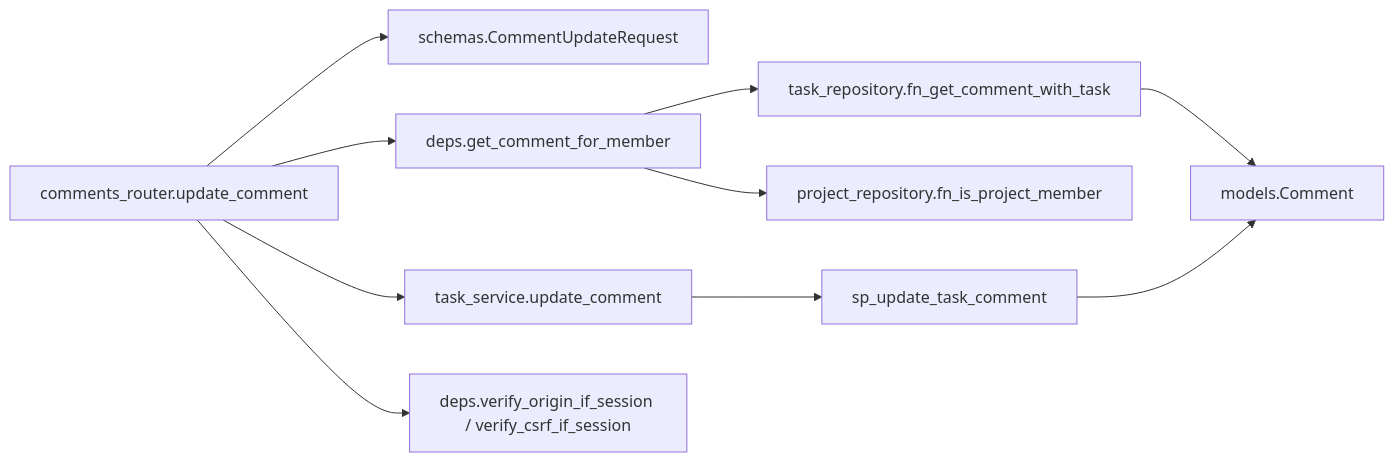
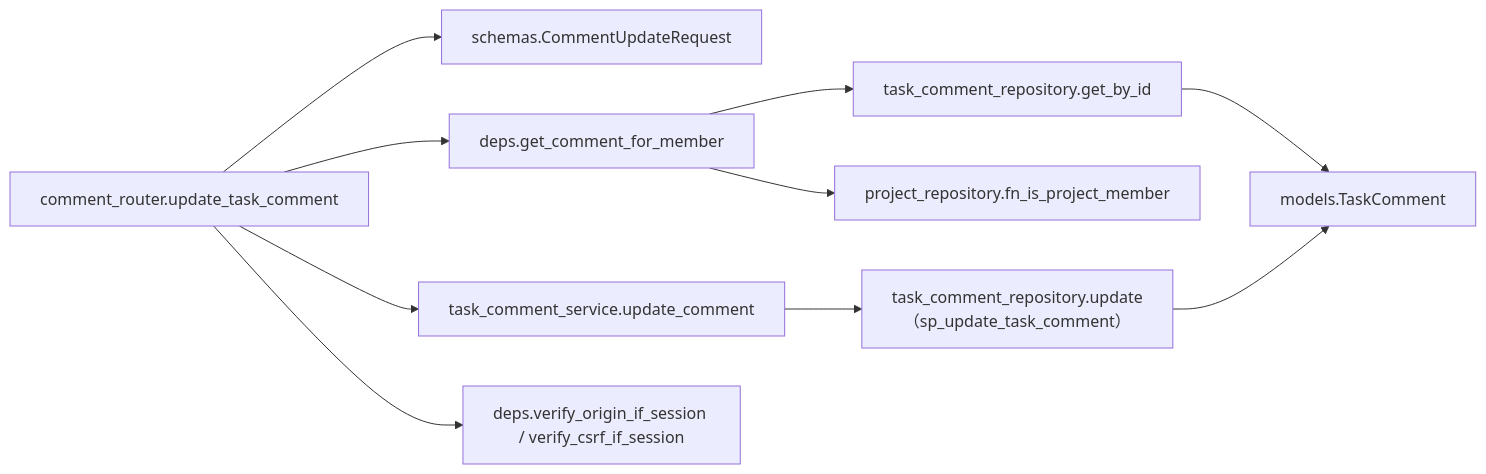
Before and after one commit to oikawa-d/task_management: the third of 4 diagrams in docs/detailed_design/api/tasks/08_patch_comment.md, drawn with Mermaid. The commit also changed other lines of this file and 8 other files, not shown here.

````diff
--- a/docs/detailed_design/api/tasks/08_patch_comment.md
+++ b/docs/detailed_design/api/tasks/08_patch_comment.md
@@ -223,12 +233,12 @@
 ```mermaid
 flowchart LR
-    R["comments_router.update_comment"] --> Sch["schemas.CommentUpdateRequest"]
+    R["comment_router.update_task_comment"] --> Sch["schemas.CommentUpdateRequest"]
     R --> D["deps.get_comment_for_member"]
-    R --> S["task_service.update_comment"]
-    D --> TR1["task_repository.fn_get_comment_with_task"]
+    R --> S["task_comment_service.update_comment"]
+    D --> TR1["task_comment_repository.get_by_id"]
     D --> PR["project_repository.fn_is_project_member"]
-    S --> TR2["sp_update_task_comment"]
-    TR1 --> M["models.Comment"]
+    S --> TR2["task_comment_repository.update<br/>（sp_update_task_comment）"]
+    TR1 --> M["models.TaskComment"]
     TR2 --> M
     R --> V["deps.verify_origin_if_session / verify_csrf_if_session"]
 ```
````
